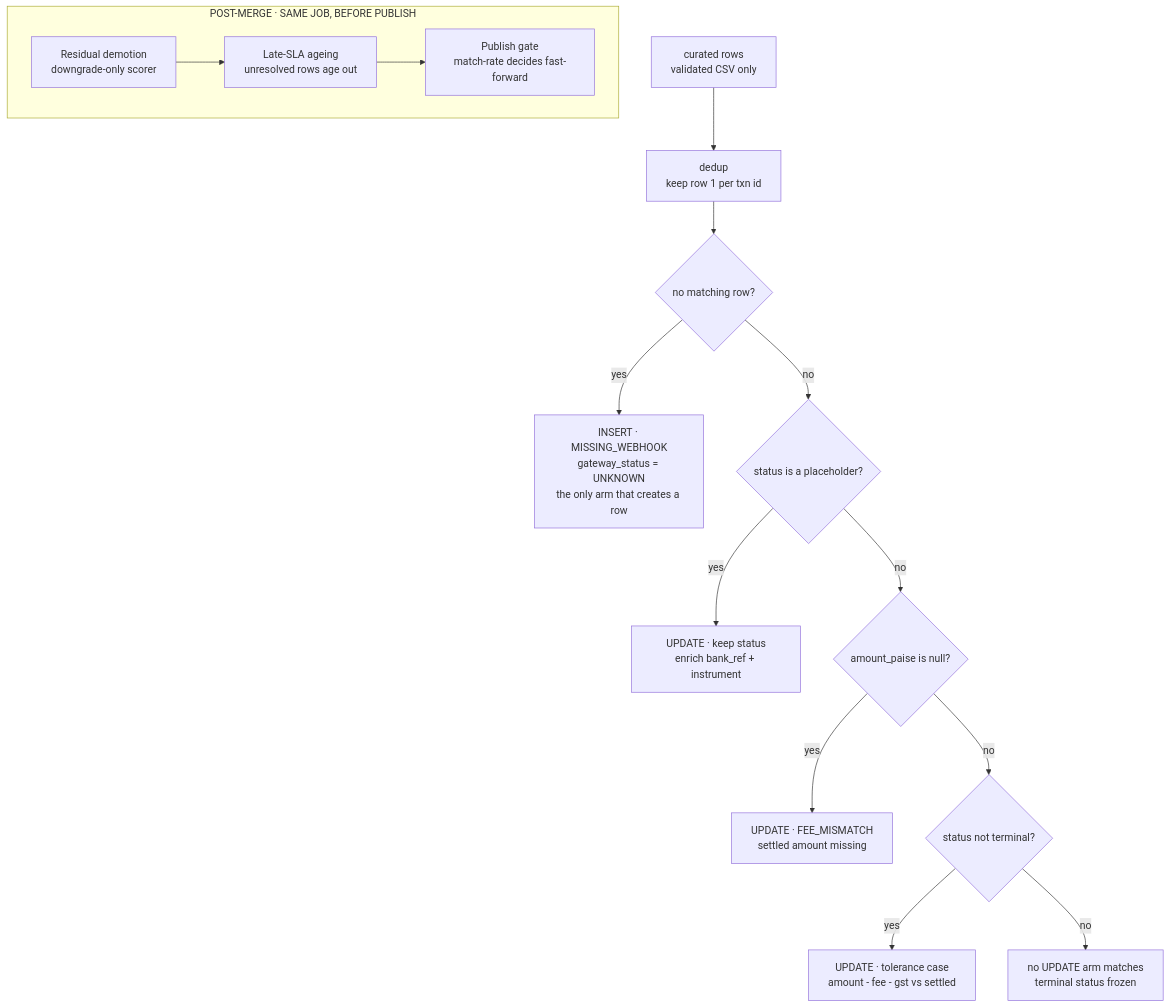
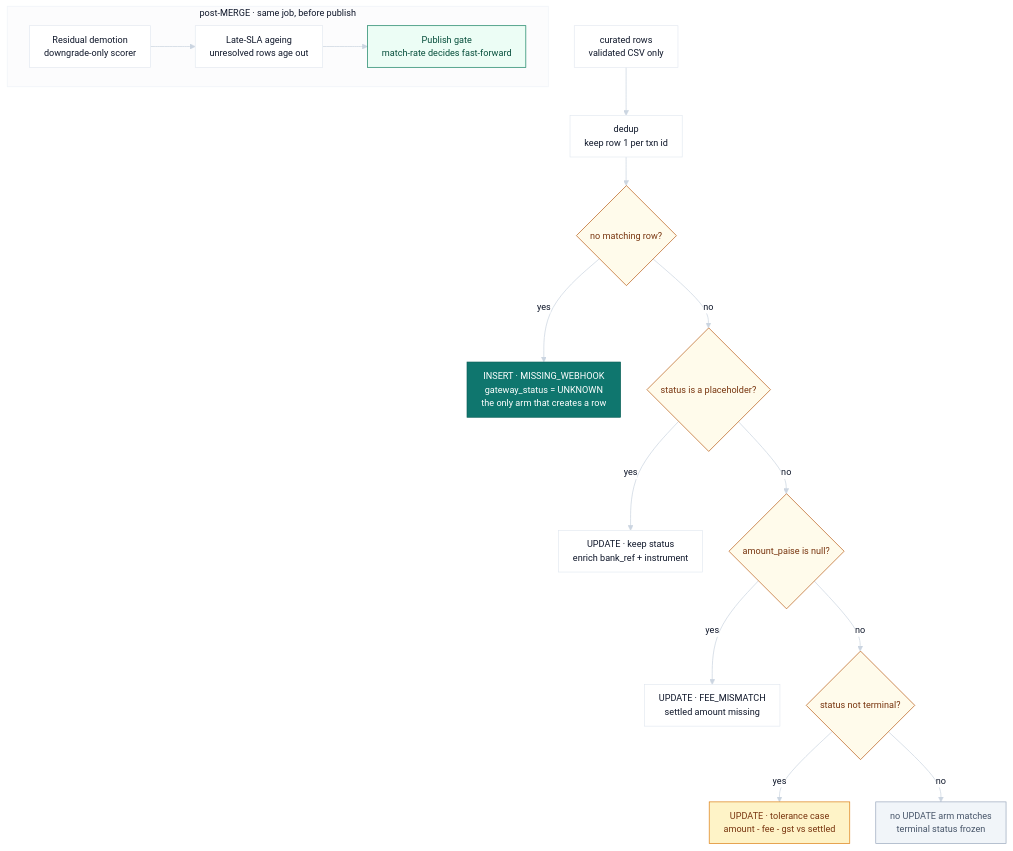
Before and after one commit to DhanushPillay/tx-recon: the second of 2 diagrams in docs/ARCHITECTURE.md, drawn with Mermaid. The commit also changed other lines of this file and 1 other file, not shown here.

Commit message:
docs: give the three diagrams a palette instead of Mermaid's defaults
All three diagrams rendered on Mermaid's defaults: heavy borders, default blue,
lane titles in shouty caps, slugs where a sentence belongs. One init block per
diagram now sets the palette, the type scale and the curve, and the same values are
used in all three so the docs read as one system rather than three pictures.

White nodes on hairline borders, ink text, teal for the two ingestion legs, a
filled MERGE because that is where the three legs converge, amber for the gates,
red only where a row is dropped or refused, 1.1px connectors on a basis curve, and
lane panels a shade off the page. Node labels are sentence case now. The facts are
unchanged; only the rendering is.

Checked by parsing, not by eye. A script in temp installs mermaid and jsdom and
calls mermaid.parse() on every fenced block in README.md and docs/ARCHITECTURE.md;
all three parse. It reports FAIL on a deliberately broken block, and it fails
outright when a file contains no block at all, because the first version of the
scan assumed LF on a CRLF checkout and cheerfully reported a clean pass over
nothing.

````diff
--- a/docs/ARCHITECTURE.md
+++ b/docs/ARCHITECTURE.md
@@ -42,19 +48,28 @@
 ```mermaid
+%%{init: {"theme": "base", "themeVariables": {"fontFamily": "Inter, Segoe UI, system-ui, sans-serif", "fontSize": "14px", "primaryColor": "#FFFFFF", "primaryTextColor": "#0F172A", "primaryBorderColor": "#E2E8F0", "lineColor": "#CBD5E1", "secondaryColor": "#F8FAFC", "tertiaryColor": "#F1F5F9", "clusterBkg": "#FCFCFD", "clusterBorder": "#EEF2F7", "edgeLabelBackground": "#FFFFFF", "mainBkg": "#FFFFFF", "titleColor": "#0F172A"}, "flowchart": {"curve": "basis", "nodeSpacing": 40, "rankSpacing": 44, "padding": 11, "useMaxWidth": true}}}%%
 flowchart TD
   IN["curated rows<br/>validated CSV only"] --> DD["dedup<br/>keep row 1 per txn id"]
 
-  DD --> C1{"no matching row?"}
-  C1 -->|yes| ARM1["INSERT · MISSING_WEBHOOK<br/>gateway_status = UNKNOWN<br/>the only arm that creates a row"]
-  C1 -->|no| C2{"status is a placeholder?"}
-  C2 -->|yes| ARM2["UPDATE · keep status<br/>enrich bank_ref + instrument"]
-  C2 -->|no| C3{"amount_paise is null?"}
-  C3 -->|yes| ARM3["UPDATE · FEE_MISMATCH<br/>settled amount missing"]
-  C3 -->|no| C4{"status not terminal?"}
-  C4 -->|yes| ARM4["UPDATE · tolerance case<br/>amount - fee - gst vs settled"]
-  C4 -->|no| FROZEN["no UPDATE arm matches<br/>terminal status frozen"]
+  DD --> C1{"no matching row?"}:::gate
+  C1 -->|"yes"| ARM1["INSERT · MISSING_WEBHOOK<br/>gateway_status = UNKNOWN<br/>the only arm that creates a row"]:::insert
+  C1 -->|"no"| C2{"status is a placeholder?"}:::gate
+  C2 -->|"yes"| ARM2["UPDATE · keep status<br/>enrich bank_ref + instrument"]
+  C2 -->|"no"| C3{"amount_paise is null?"}:::gate
+  C3 -->|"yes"| ARM3["UPDATE · FEE_MISMATCH<br/>settled amount missing"]
+  C3 -->|"no"| C4{"status not terminal?"}:::gate
+  C4 -->|"yes"| ARM4["UPDATE · tolerance case<br/>amount - fee - gst vs settled"]:::warn
+  C4 -->|"no"| FROZEN["no UPDATE arm matches<br/>terminal status frozen"]:::frozen
 
-  subgraph POST["POST-MERGE · SAME JOB, BEFORE PUBLISH"]
+  subgraph POST["post-MERGE · same job, before publish"]
     direction LR
-    PM1["Residual demotion<br/>downgrade-only scorer"] --> PM2["Late-SLA ageing<br/>unresolved rows age out"] --> PM3["Publish gate<br/>match-rate decides fast-forward"]
+    PM1["Residual demotion<br/>downgrade-only scorer"] --> PM2["Late-SLA ageing<br/>unresolved rows age out"] --> PM3["Publish gate<br/>match-rate decides fast-forward"]:::publish
   end
+
+  classDef gate fill:#FFFBEB,stroke:#B45309,color:#78350F,stroke-width:1px;
+  classDef insert fill:#0F766E,stroke:#0B5F58,color:#FFFFFF,stroke-width:1px;
+  classDef warn fill:#FEF3C7,stroke:#D97706,color:#78350F,stroke-width:1px;
+  classDef frozen fill:#F1F5F9,stroke:#94A3B8,color:#475569,stroke-width:1px;
+  classDef publish fill:#ECFDF5,stroke:#047857,color:#064E3B,stroke-width:1px;
+  style POST fill:#FCFCFD,stroke:#EEF2F7,stroke-width:1px;
+  linkStyle default stroke:#CBD5E1,stroke-width:1.1px;
 ```
````
